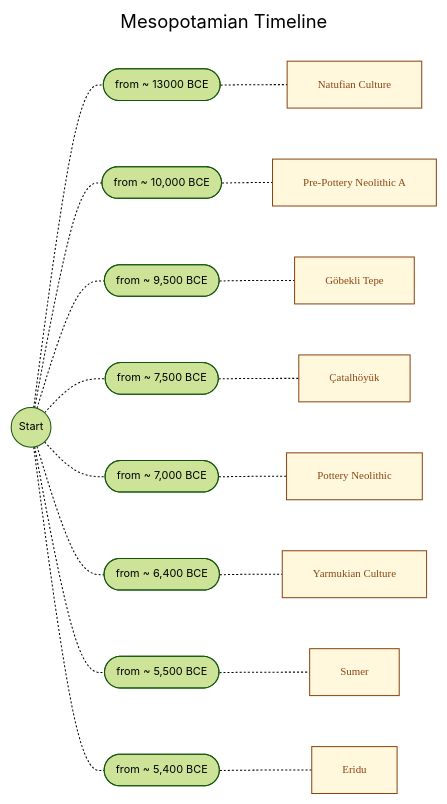
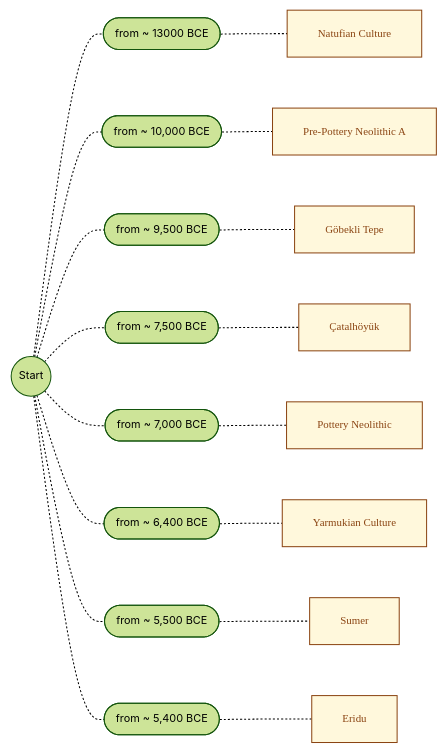
The diagram in 0000_General/mesopotamian_timeline_v1.01.md (joe-dorward/samples), drawn with Mermaid before and after one commit. The commit also changed other lines of this file, not shown here.

````diff
--- a/0000_General/mesopotamian_timeline_v1.01.md
+++ b/0000_General/mesopotamian_timeline_v1.01.md
@@ -2,57 +4,54 @@
 ```mermaid
----
-title: Mesopotamian Timeline
----
 %%{init: { 'theme':'forest', 'themeVariables': { 'fontSize':'8pt' } }}%%
 flowchart LR
 classDef Note fill:cornsilk, stroke:saddlebrown, color:saddlebrown, font-family:verdana, text-align:left, line-height:150%, margin:0px, padding:0px;
 classDef Note_b fill:cornsilk, stroke:saddlebrown, color:saddlebrown, font-family:verdana, text-align:left, margin:0px, padding:0px, height:40px;
       START(("Start"))
 
       13000([from ~ 13000 BCE])
       NATUFIAN[Natufian Culture]
       click NATUFIAN "https://en.wikipedia.org/wiki/Natufian_culture" _blank
 
       10000([from ~ 10,000 BCE])
       PRE_POTTERY_NEOLITHIC_A[Pre-Pottery Neolithic A]
       click PRE_POTTERY_NEOLITHIC_A "https://en.wikipedia.org/wiki/Pre-Pottery_Neolithic_A" _blank
 
       9500([from ~ 9,500 BCE])
       GOBEKLI_TEPE[Göbekli Tepe]
       click GOBEKLI_TEPE "https://en.wikipedia.org/wiki/Göbekli_Tepe" _blank
 
       7500([from ~ 7,500 BCE])
       CATALHOYUK[Çatalhöyük]
       click CATALHOYUK "https://en.wikipedia.org/wiki/Çatalhöyük" _blank
 
       7000([from ~ 7,000 BCE])
       POTTERY_NEOLITHIC[Pottery Neolithic]
 
       6400([from ~ 6,400 BCE])
       YARNUKIAN[Yarmukian Culture]
       click YARNUKIAN "https://en.wikipedia.org/wiki/Yarmukian_culture" _blank
 
       5500([from ~ 5,500 BCE])
       SUMER[Sumer]
       click SUMER "https://en.wikipedia.org/wiki/Sumer" _blank
 
       5400([from ~ 5,400 BCE])
       ERIDU[Eridu]
       click ERIDU "https://en.wikipedia.org/wiki/Eridu" _blank
 
 
 
       class NATUFIAN,PRE_POTTERY_NEOLITHIC_A,GOBEKLI_TEPE,CATALHOYUK,POTTERY_NEOLITHIC,YARNUKIAN,SUMER,ERIDU Note;
 
       %% ========== ========== ========== ========== ==========
       START-.-13000-.-NATUFIAN
       START-.-10000-.-PRE_POTTERY_NEOLITHIC_A
       START-.-9500-.-GOBEKLI_TEPE
       START-.-7500-.-CATALHOYUK
       START-.-7000-.-POTTERY_NEOLITHIC
       START-.-6400-.-YARNUKIAN
       START-.-5500-.-SUMER
       START-.-5400-.-ERIDU
      
       
 ```
````
